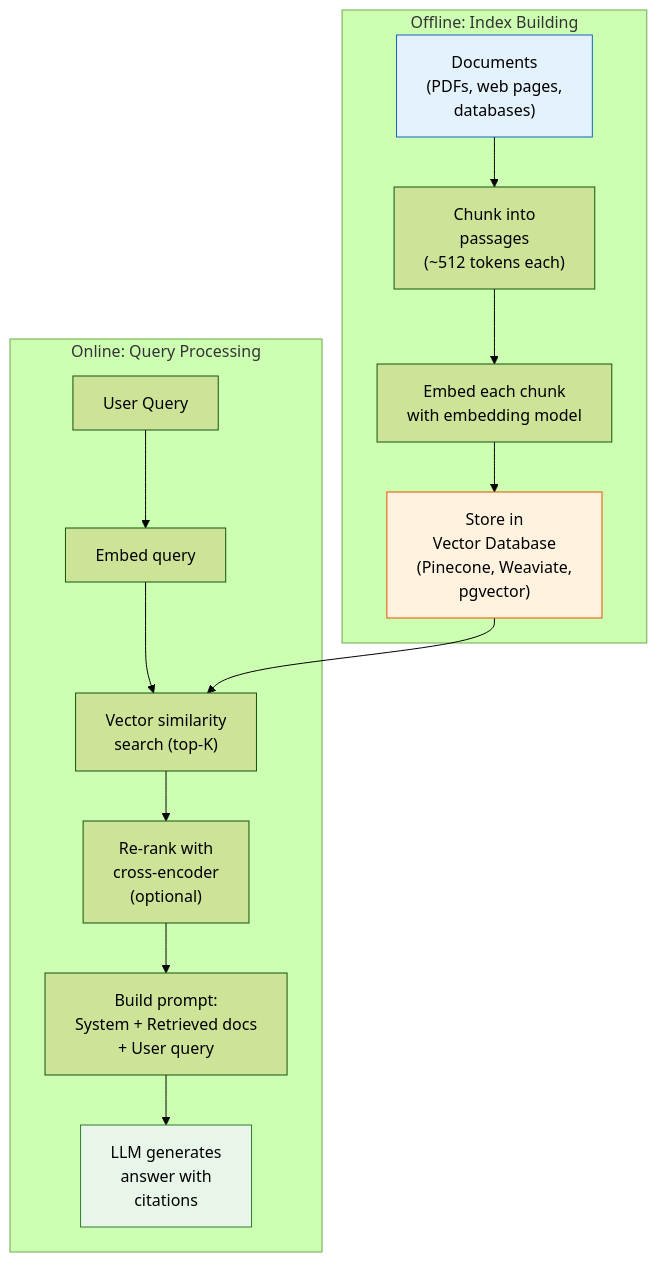
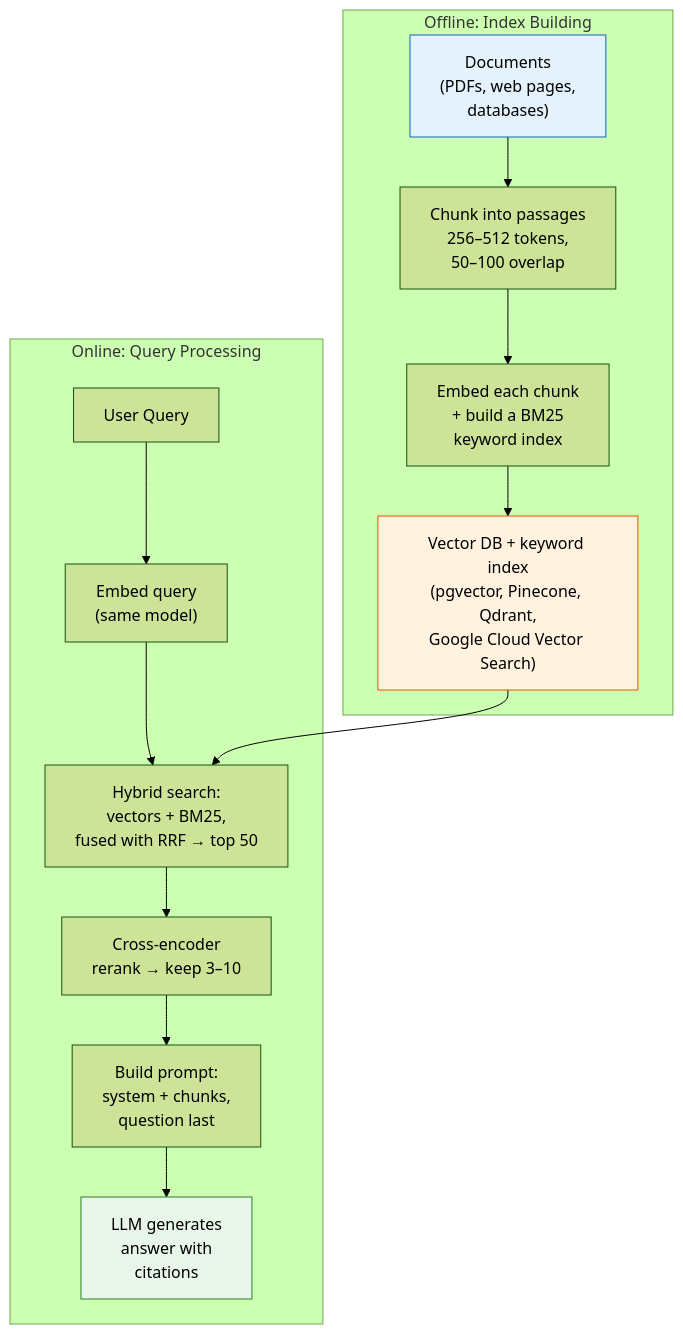
Diagram 21 of 26 in content/34b_google_top10_ml_interview_part2.md (Hmago/ml4), drawn with Mermaid (forest theme) before and after one commit. The commit also changed other lines of this file and 59 other files, not shown here.

````diff
--- a/content/34b_google_top10_ml_interview_part2.md
+++ b/content/34b_google_top10_ml_interview_part2.md
@@ -1515,21 +2466,21 @@
 ```mermaid
 graph TD
     subgraph "Offline: Index Building"
-        DOCS["Documents<br/>(PDFs, web pages,<br/>databases)"] --> CHUNK["Chunk into<br/>passages<br/>(~512 tokens each)"]
-        CHUNK --> EMBED["Embed each chunk<br/>with embedding model"]
-        EMBED --> STORE["Store in<br/>Vector Database<br/>(Pinecone, Weaviate,<br/>pgvector)"]
+        DOCS["Documents<br/>(PDFs, web pages,<br/>databases)"] --> CHUNK["Chunk into passages<br/>256–512 tokens,<br/>50–100 overlap"]
+        CHUNK --> EMBED["Embed each chunk<br/>+ build a BM25<br/>keyword index"]
+        EMBED --> STORE["Vector DB + keyword index<br/>(pgvector, Pinecone, Qdrant,<br/>Google Cloud Vector Search)"]
     end
 
     subgraph "Online: Query Processing"
-        Q["User Query"] --> QEMB["Embed query"]
-        QEMB --> SEARCH["Vector similarity<br/>search (top-K)"]
+        Q["User Query"] --> QEMB["Embed query<br/>(same model)"]
+        QEMB --> SEARCH["Hybrid search:<br/>vectors + BM25,<br/>fused with RRF → top 50"]
         STORE --> SEARCH
-        SEARCH --> RERANK["Re-rank with<br/>cross-encoder<br/>(optional)"]
-        RERANK --> PROMPT["Build prompt:<br/>System + Retrieved docs<br/>+ User query"]
+        SEARCH --> RERANK["Cross-encoder<br/>rerank → keep 3–10"]
+        RERANK --> PROMPT["Build prompt:<br/>system + chunks,<br/>question last"]
         PROMPT --> LLM["LLM generates<br/>answer with<br/>citations"]
     end
 
     style DOCS fill:#e3f2fd,stroke:#1565c0,color:#000
     style STORE fill:#fff3e0,stroke:#e65100,color:#000
     style LLM fill:#e8f5e9,stroke:#2e7d32,color:#000
 ```
````
